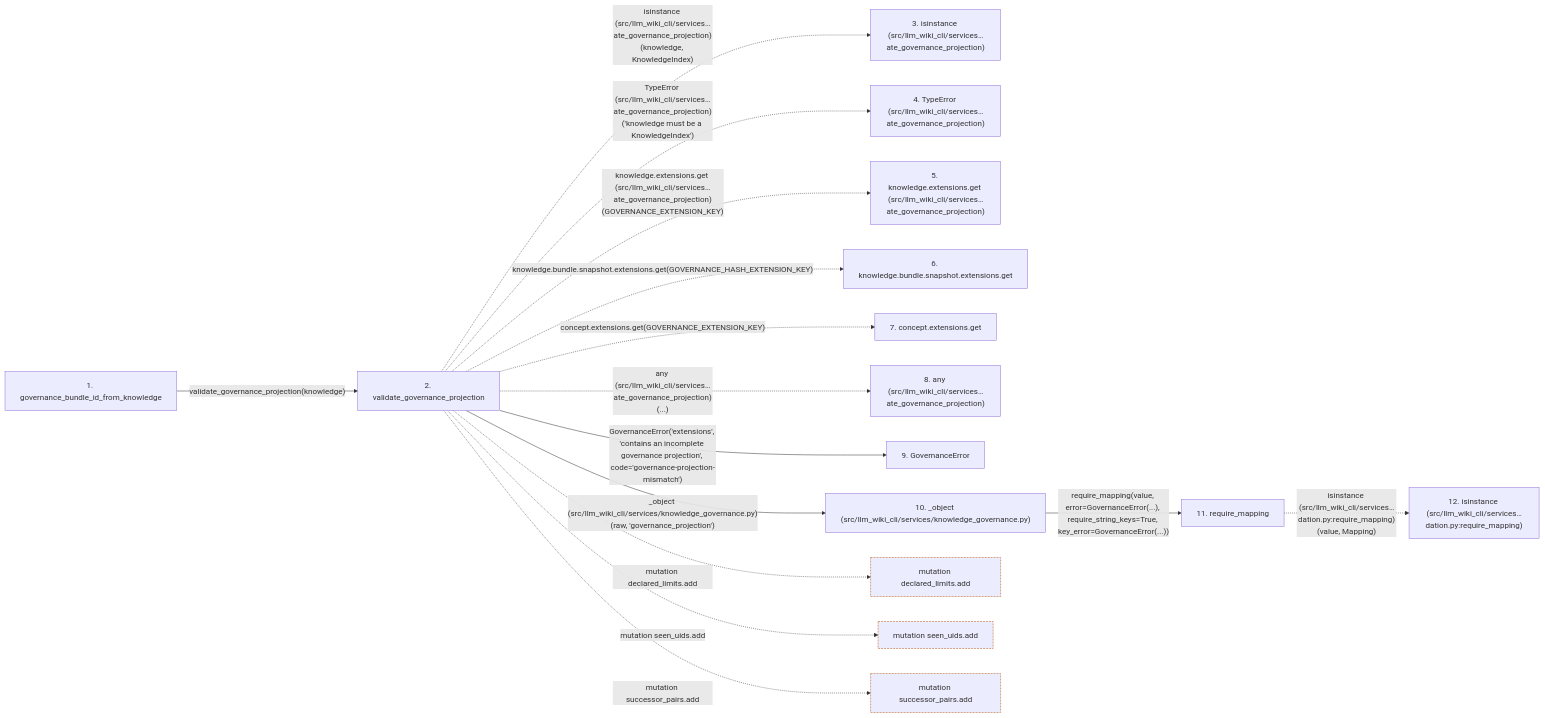
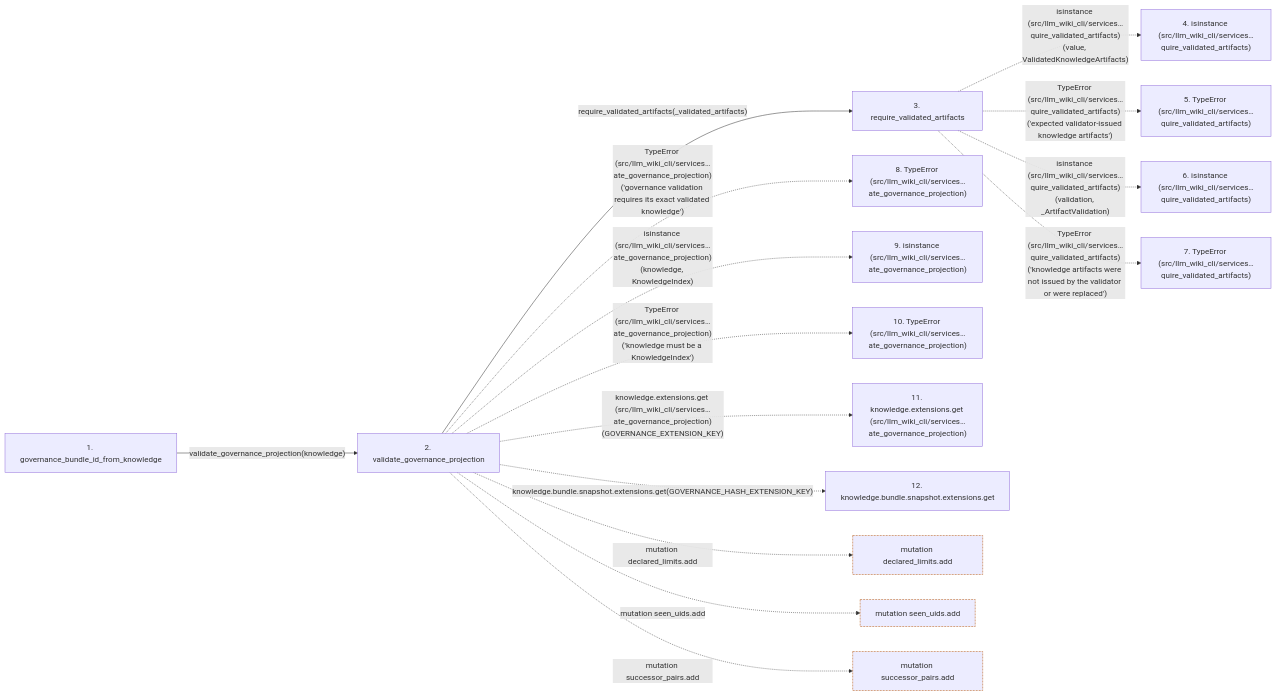
Before and after one commit to Denissvgn/python-wiki-llm: the second of 2 diagrams in docs/llm_wiki/flows/api-governance_bundle_id_from_knowledge.md, drawn with Mermaid. The commit also changed other lines of this file and 363 other files, not shown here.

Commit message:
docs: refresh wiki for validated snapshot query reuse

````diff
--- a/docs/llm_wiki/flows/api-governance_bundle_id_from_knowledge.md
+++ b/docs/llm_wiki/flows/api-governance_bundle_id_from_knowledge.md
@@ -140,41 +141,39 @@
 ```mermaid
 flowchart LR
     s1["1. governance_bundle_id_from_knowledge"]
     s2["2. validate_governance_projection"]
-    s3["3. isinstance (src/llm_wiki_cli/services…ate_governance_projection)"]
-    s4["4. TypeError (src/llm_wiki_cli/services…ate_governance_projection)"]
-    s5["5. knowledge.extensions.get (src/llm_wiki_cli/services…ate_governance_projection)"]
-    s6["6. knowledge.bundle.snapshot.extensions.get"]
-    s7["7. concept.extensions.get"]
-    s8["8. any (src/llm_wiki_cli/services…ate_governance_projection)"]
-    s9["9. GovernanceError"]
-    s10["10. _object (src/llm_wiki_cli/services/knowledge_governance.py)"]
-    s11["11. require_mapping"]
-    s12["12. isinstance (src/llm_wiki_cli/services…dation.py:require_mapping)"]
+    s3["3. require_validated_artifacts"]
+    s4["4. isinstance (src/llm_wiki_cli/services…quire_validated_artifacts)"]
+    s5["5. TypeError (src/llm_wiki_cli/services…quire_validated_artifacts)"]
+    s6["6. isinstance (src/llm_wiki_cli/services…quire_validated_artifacts)"]
+    s7["7. TypeError (src/llm_wiki_cli/services…quire_validated_artifacts)"]
+    s8["8. TypeError (src/llm_wiki_cli/services…ate_governance_projection)"]
+    s9["9. isinstance (src/llm_wiki_cli/services…ate_governance_projection)"]
+    s10["10. TypeError (src/llm_wiki_cli/services…ate_governance_projection)"]
+    s11["11. knowledge.extensions.get (src/llm_wiki_cli/services…ate_governance_projection)"]
+    s12["12. knowledge.bundle.snapshot.extensions.get"]
     s1 -->|"validate_governance_projection(knowledge)"| s2
-    s2 -. "isinstance (src/llm_wiki_cli/services…ate_governance_projection)(knowledge, KnowledgeIndex)" .-> s3
-    s2 -. "TypeError (src/llm_wiki_cli/services…ate_governance_projection)('knowledge must be a KnowledgeIndex')" .-> s4
-    s2 -. "knowledge.extensions.get (src/llm_wiki_cli/services…ate_governance_projection)(GOVERNANCE_EXTENSION_KEY)" .-> s5
-    s2 -. "knowledge.bundle.snapshot.extensions.get(GOVERNANCE_HASH_EXTENSION_KEY)" .-> s6
-    s2 -. "concept.extensions.get(GOVERNANCE_EXTENSION_KEY)" .-> s7
-    s2 -. "any (src/llm_wiki_cli/services…ate_governance_projection)(...)" .-> s8
-    s2 -->|"GovernanceError('extensions', 'contains an incomplete governance projection', code='governance-projection-mismatch')"| s9
-    s2 -->|"_object (src/llm_wiki_cli/services/knowledge_governance.py)(raw, 'governance_projection')"| s10
-    s10 -->|"require_mapping(value, error=GovernanceError(...), require_string_keys=True, key_error=GovernanceError(...))"| s11
-    s11 -. "isinstance (src/llm_wiki_cli/services…dation.py:require_mapping)(value, Mapping)" .-> s12
+    s2 -->|"require_validated_artifacts(_validated_artifacts)"| s3
+    s3 -. "isinstance (src/llm_wiki_cli/services…quire_validated_artifacts)(value, ValidatedKnowledgeArtifacts)" .-> s4
+    s3 -. "TypeError (src/llm_wiki_cli/services…quire_validated_artifacts)('expected validator-issued knowledge artifacts')" .-> s5
+    s3 -. "isinstance (src/llm_wiki_cli/services…quire_validated_artifacts)(validation, _ArtifactValidation)" .-> s6
+    s3 -. "TypeError (src/llm_wiki_cli/services…quire_validated_artifacts)('knowledge artifacts were not issued by the validator or were replaced')" .-> s7
+    s2 -. "TypeError (src/llm_wiki_cli/services…ate_governance_projection)('governance validation requires its exact validated knowledge')" .-> s8
+    s2 -. "isinstance (src/llm_wiki_cli/services…ate_governance_projection)(knowledge, KnowledgeIndex)" .-> s9
+    s2 -. "TypeError (src/llm_wiki_cli/services…ate_governance_projection)('knowledge must be a KnowledgeIndex')" .-> s10
+    s2 -. "knowledge.extensions.get (src/llm_wiki_cli/services…ate_governance_projection)(GOVERNANCE_EXTENSION_KEY)" .-> s11
+    s2 -. "knowledge.bundle.snapshot.extensions.get(GOVERNANCE_HASH_EXTENSION_KEY)" .-> s12
     b0["mutation declared_limits.add"]
     s2 -. "mutation declared_limits.add" .-> b0
     b1["mutation seen_uids.add"]
     s2 -. "mutation seen_uids.add" .-> b1
     b2["mutation successor_pairs.add"]
     s2 -. "mutation successor_pairs.add" .-> b2
     click s1 "../modules/knowledge_governance.md"
     click s2 "../modules/knowledge_governance.md"
-    click s9 "../modules/knowledge_governance.md"
-    click s10 "../modules/knowledge_governance.md"
-    click s11 "../modules/validation.md"
+    click s3 "../modules/knowledge_artifacts.md"
     classDef boundary stroke:#b45309,stroke-dasharray: 4 2
     class b0 boundary
     class b1 boundary
     class b2 boundary
 ```
````
